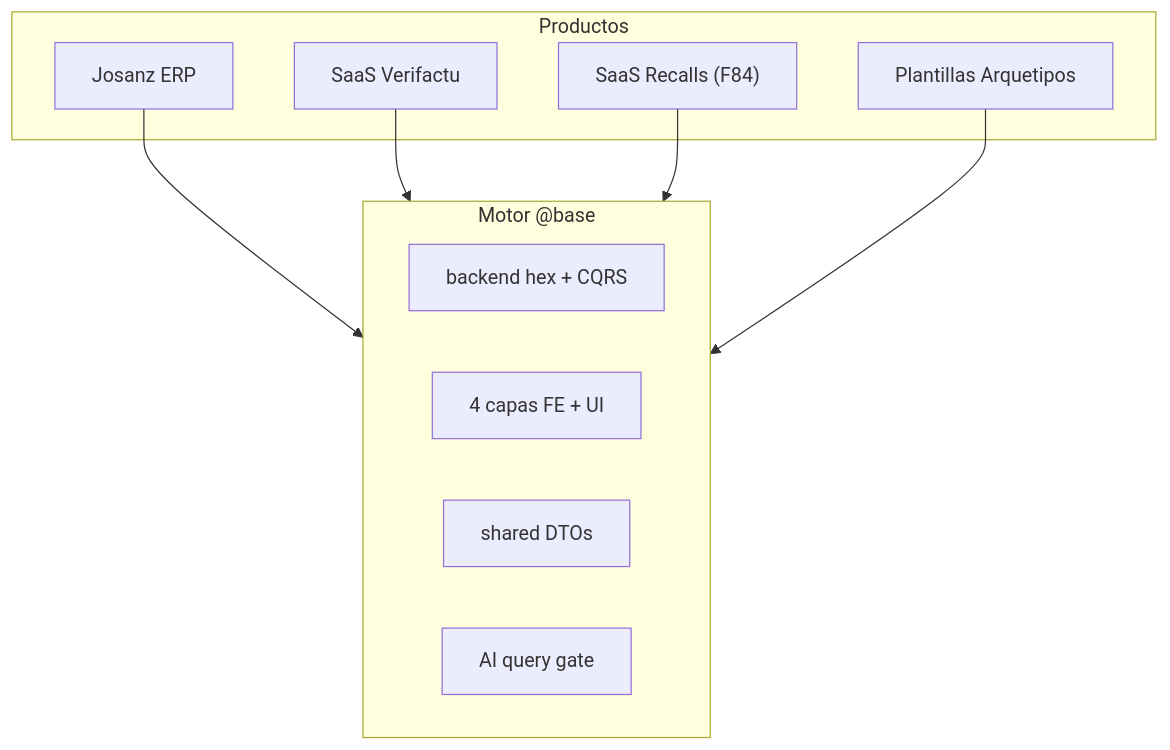
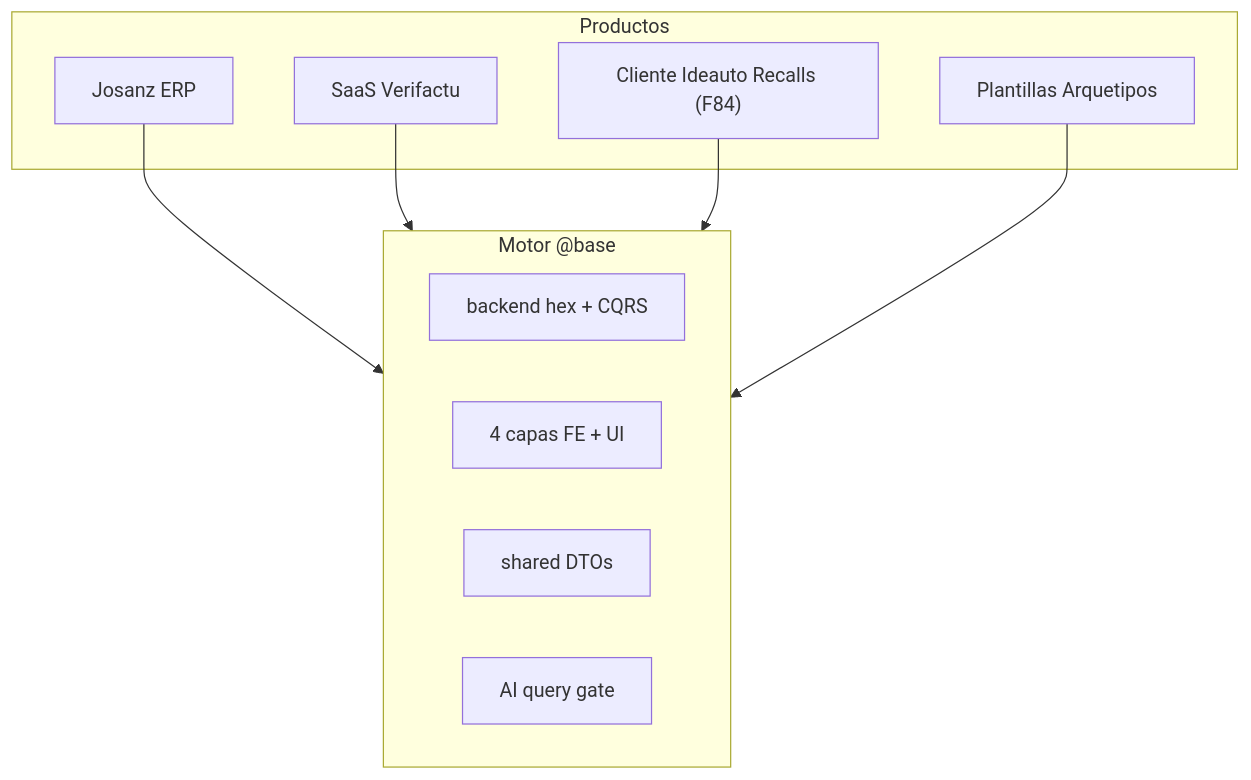
Before and after one commit to angelnietos/babooni-docs: the first of 4 diagrams in architecture/overview.md, drawn with Mermaid. The commit also changed 21 other files, not shown here.

First line of the commit message:
docs(f84): place Recalls under clientes/ideauto, not SaaS

````diff
--- a/architecture/overview.md
+++ b/architecture/overview.md
@@ -43,19 +43,19 @@
 ```mermaid
 flowchart TB
   subgraph engine ["Motor @base"]
     BE["backend hex + CQRS"]
     FE["4 capas FE + UI"]
     SH["shared DTOs"]
     AI["AI query gate"]
   end
   subgraph products ["Productos"]
     J["Josanz ERP"]
     S["SaaS Verifactu"]
-    R["SaaS Recalls (F84)"]
+    R["Cliente Ideauto Recalls (F84)"]
     T["Plantillas Arquetipos"]
   end
   J --> engine
   S --> engine
   R --> engine
   T --> engine
 ```
````
